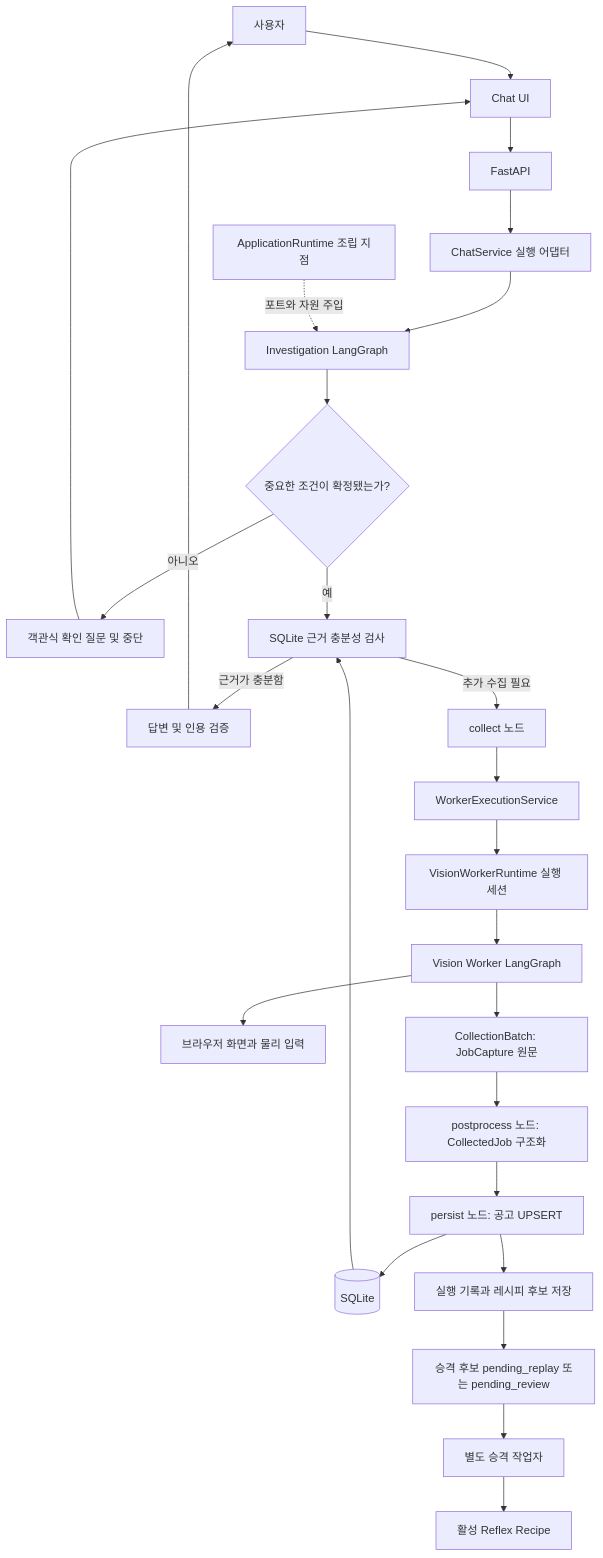
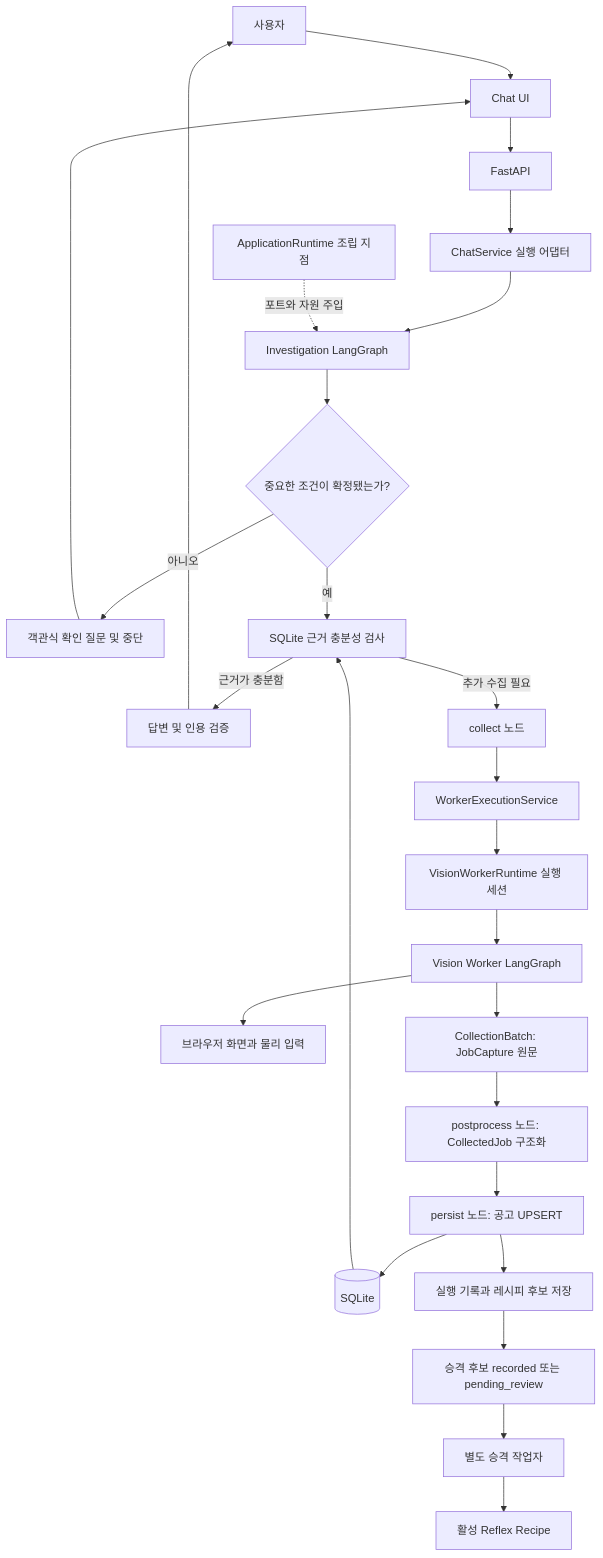
The first of 2 diagrams in ARCHITECTURE.md (Dreamtreeme/L2C), drawn with Mermaid before and after one commit. The commit also changed other lines of this file and 44 other files, not shown here.

````diff
--- a/ARCHITECTURE.md
+++ b/ARCHITECTURE.md
@@ -7,28 +7,28 @@
 ```mermaid
 flowchart TD
     U[사용자] --> UI[Chat UI]
     UI --> API[FastAPI]
     API --> CS[ChatService 실행 어댑터]
     CS --> PLAN[Investigation LangGraph]
     RT[ApplicationRuntime 조립 지점] -. 포트와 자원 주입 .-> PLAN
     PLAN --> CLARIFY{중요한 조건이 확정됐는가?}
     CLARIFY -->|아니오| INPUT[객관식 확인 질문 및 중단]
     INPUT --> UI
     CLARIFY -->|예| DBQ[SQLite 근거 충분성 검사]
     DBQ -->|근거가 충분함| ANSWER[답변 및 인용 검증]
     DBQ -->|추가 수집 필요| COLLECTION[collect 노드]
     COLLECTION --> SERVICE[WorkerExecutionService]
     SERVICE --> LOCK[VisionWorkerRuntime 실행 세션]
     LOCK --> WG[Vision Worker LangGraph]
     WG --> WEB[브라우저 화면과 물리 입력]
     WG --> BATCH[CollectionBatch: JobCapture 원문]
     BATCH --> POSTPROCESS[postprocess 노드: CollectedJob 구조화]
     POSTPROCESS --> STORE[persist 노드: 공고 UPSERT]
     STORE --> DB
     DB[(SQLite)] --> DBQ
     STORE --> EXPERIENCE[실행 기록과 레시피 후보 저장]
-    EXPERIENCE --> CANDIDATE[승격 후보 pending_replay 또는 pending_review]
+    EXPERIENCE --> CANDIDATE[승격 후보 recorded 또는 pending_review]
     CANDIDATE --> PROMOTION[별도 승격 작업자]
     PROMOTION --> RECIPE[활성 Reflex Recipe]
     ANSWER --> U
 ```
````
